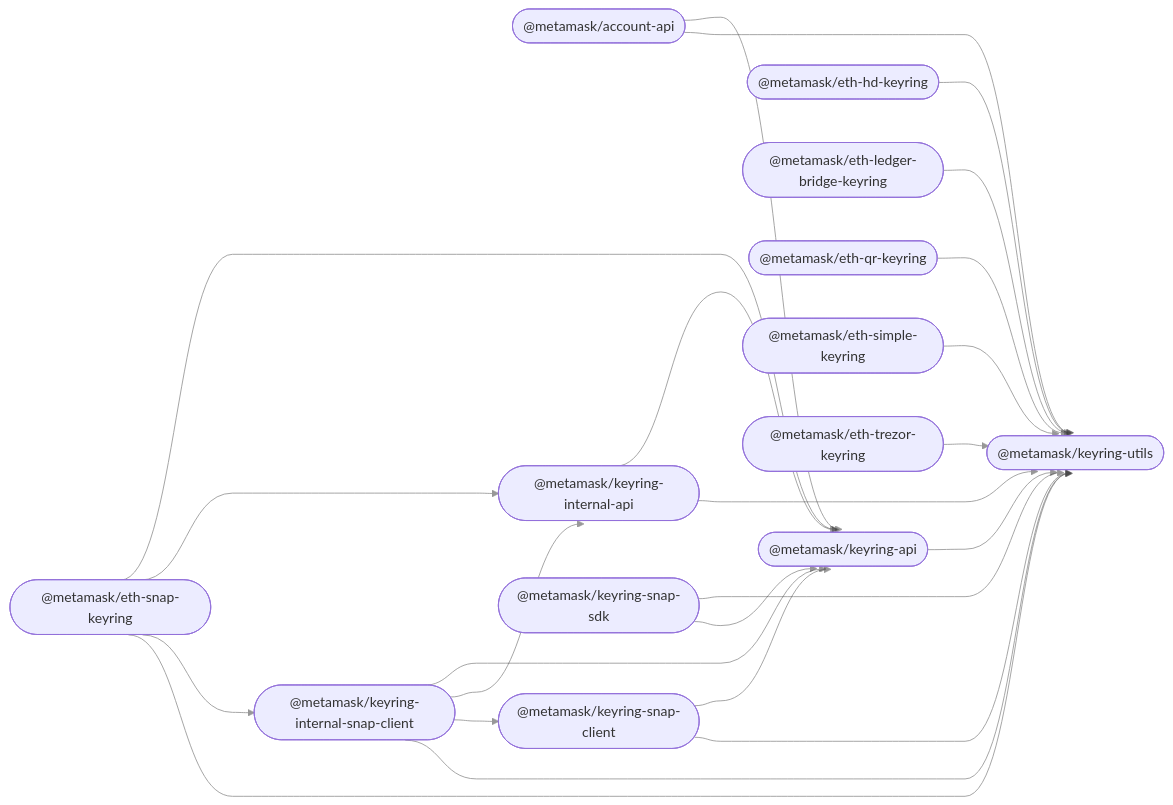
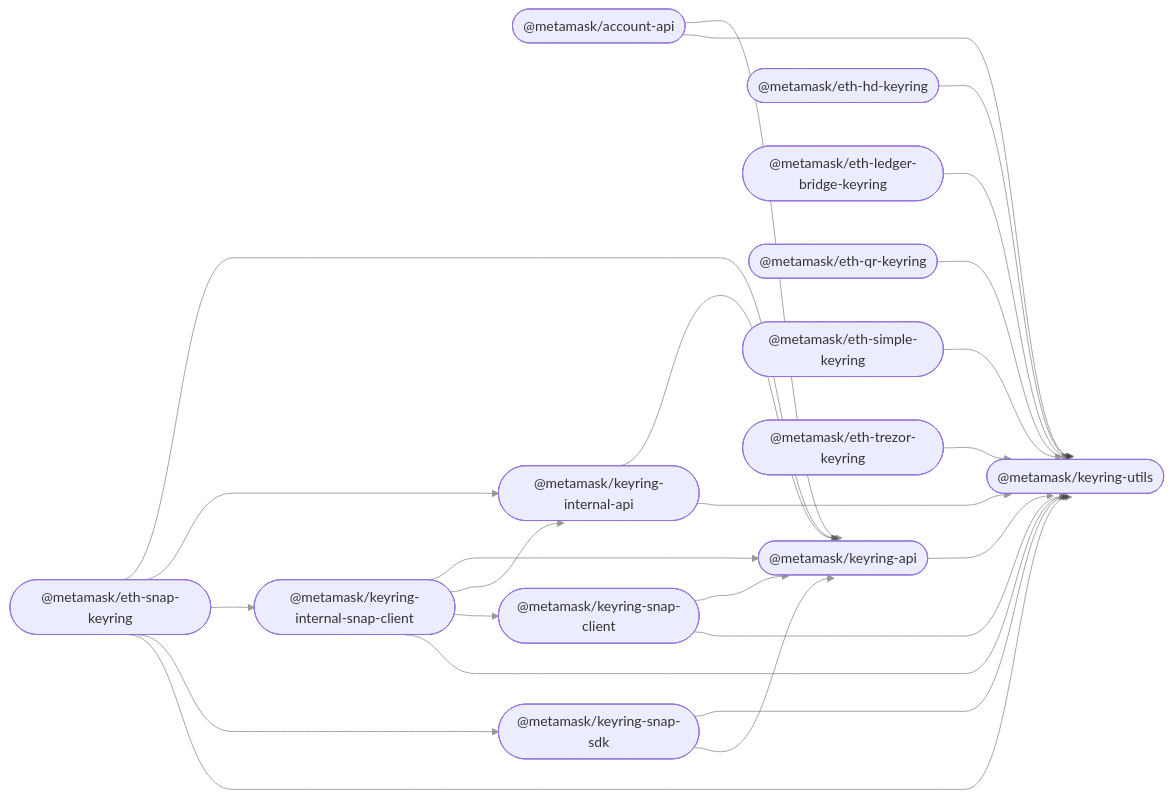
Before and after one commit to MetaMask/accounts: the diagram in README.md, drawn with Mermaid.

````diff
--- a/README.md
+++ b/README.md
@@ -35,40 +35,41 @@
 ```mermaid
 %%{ init: { 'flowchart': { 'curve': 'bumpX' } } }%%
 graph LR;
 linkStyle default opacity:0.5
   account_api(["@metamask/account-api"]);
   keyring_api(["@metamask/keyring-api"]);
   eth_hd_keyring(["@metamask/eth-hd-keyring"]);
   eth_ledger_bridge_keyring(["@metamask/eth-ledger-bridge-keyring"]);
   eth_qr_keyring(["@metamask/eth-qr-keyring"]);
   eth_simple_keyring(["@metamask/eth-simple-keyring"]);
   eth_trezor_keyring(["@metamask/eth-trezor-keyring"]);
   keyring_internal_api(["@metamask/keyring-internal-api"]);
   keyring_internal_snap_client(["@metamask/keyring-internal-snap-client"]);
   eth_snap_keyring(["@metamask/eth-snap-keyring"]);
   keyring_snap_client(["@metamask/keyring-snap-client"]);
   keyring_snap_sdk(["@metamask/keyring-snap-sdk"]);
   keyring_utils(["@metamask/keyring-utils"]);
   account_api --> keyring_api;
   account_api --> keyring_utils;
   keyring_api --> keyring_utils;
   eth_hd_keyring --> keyring_utils;
   eth_ledger_bridge_keyring --> keyring_utils;
   eth_qr_keyring --> keyring_utils;
   eth_simple_keyring --> keyring_utils;
   eth_trezor_keyring --> keyring_utils;
   keyring_internal_api --> keyring_api;
   keyring_internal_api --> keyring_utils;
   keyring_internal_snap_client --> keyring_api;
   keyring_internal_snap_client --> keyring_internal_api;
   keyring_internal_snap_client --> keyring_snap_client;
   keyring_internal_snap_client --> keyring_utils;
   eth_snap_keyring --> keyring_api;
   eth_snap_keyring --> keyring_internal_api;
   eth_snap_keyring --> keyring_internal_snap_client;
+  eth_snap_keyring --> keyring_snap_sdk;
   eth_snap_keyring --> keyring_utils;
   keyring_snap_client --> keyring_api;
   keyring_snap_client --> keyring_utils;
   keyring_snap_sdk --> keyring_utils;
   keyring_snap_sdk --> keyring_api;
 ```
````
